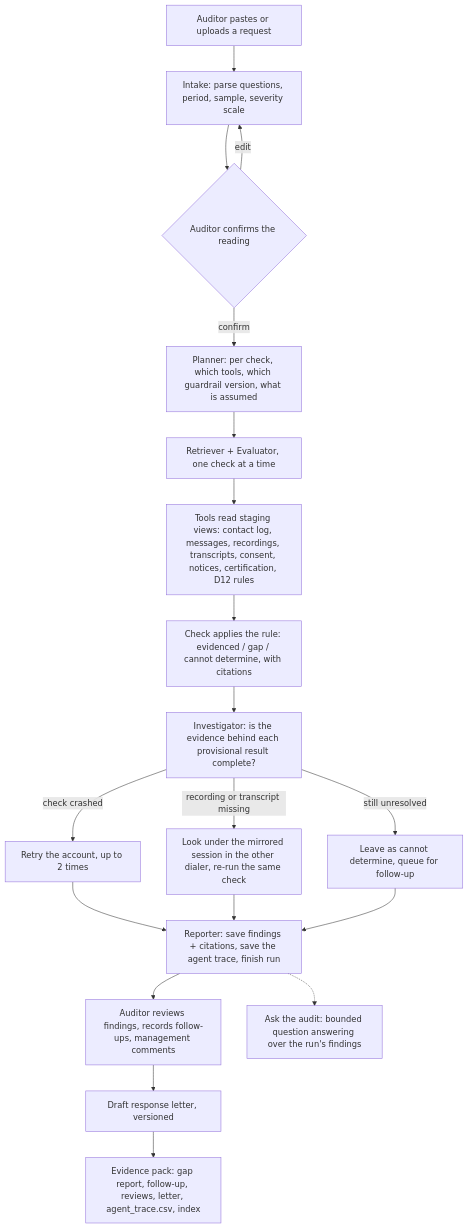
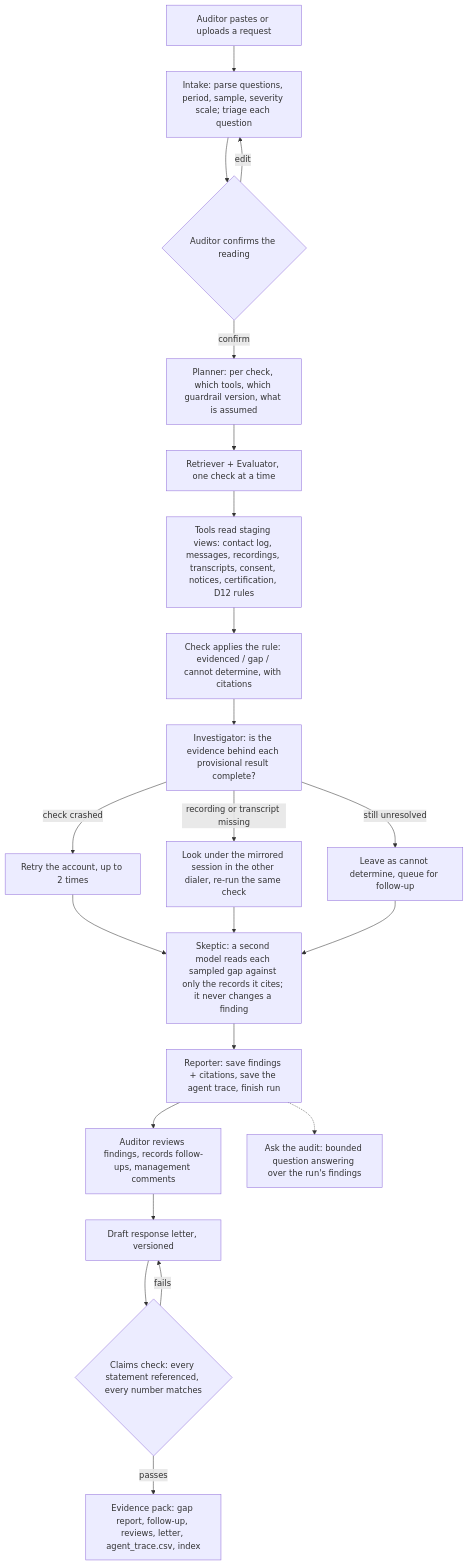
The diagram in docs/workflow.md (pranavp7276/audit-evidence-agent), drawn with Mermaid before and after one commit. The commit also changed other lines of this file and 50 other files, not shown here.

Commit message:
Tell the story from the problem statement: call every mandated tool, scorecard for the acceptance criteria, citations read back from the warehouse, evidence traps, readiness forecast, live agent feed, lender brief, dashboard; plus second reading, triage, letter claims check and evidence map

````diff
--- a/docs/workflow.md
+++ b/docs/workflow.md
@@ -5,22 +5,25 @@
 ```mermaid
 flowchart TD
-    A[Auditor pastes or uploads a request] --> B[Intake: parse questions, period, sample, severity scale]
+    A[Auditor pastes or uploads a request] --> B[Intake: parse questions, period, sample, severity scale; triage each question]
     B --> C{Auditor confirms the reading}
     C -->|edit| B
     C -->|confirm| D[Planner: per check, which tools, which guardrail version, what is assumed]
     D --> E[Retriever + Evaluator, one check at a time]
     E --> E1[Tools read staging views: contact log, messages, recordings, transcripts, consent, notices, certification, D12 rules]
     E1 --> E2[Check applies the rule: evidenced / gap / cannot determine, with citations]
     E2 --> F[Investigator: is the evidence behind each provisional result complete?]
     F -->|check crashed| F1[Retry the account, up to 2 times]
     F -->|recording or transcript missing| F2[Look under the mirrored session in the other dialer, re-run the same check]
     F -->|still unresolved| F3[Leave as cannot determine, queue for follow-up]
-    F1 --> G
-    F2 --> G
-    F3 --> G
+    F1 --> S
+    F2 --> S
+    F3 --> S
+    S[Skeptic: a second model reads each sampled gap against only the records it cites; it never changes a finding] --> G
     G[Reporter: save findings + citations, save the agent trace, finish run]
     G --> H[Auditor reviews findings, records follow-ups, management comments]
     H --> I[Draft response letter, versioned]
-    I --> J[Evidence pack: gap report, follow-up, reviews, letter, agent_trace.csv, index]
+    I --> L{Claims check: every statement referenced, every number matches}
+    L -->|fails| I
+    L -->|passes| J[Evidence pack: gap report, follow-up, reviews, letter, agent_trace.csv, index]
     G -.-> K[Ask the audit: bounded question answering over the run's findings]
 ```
````
